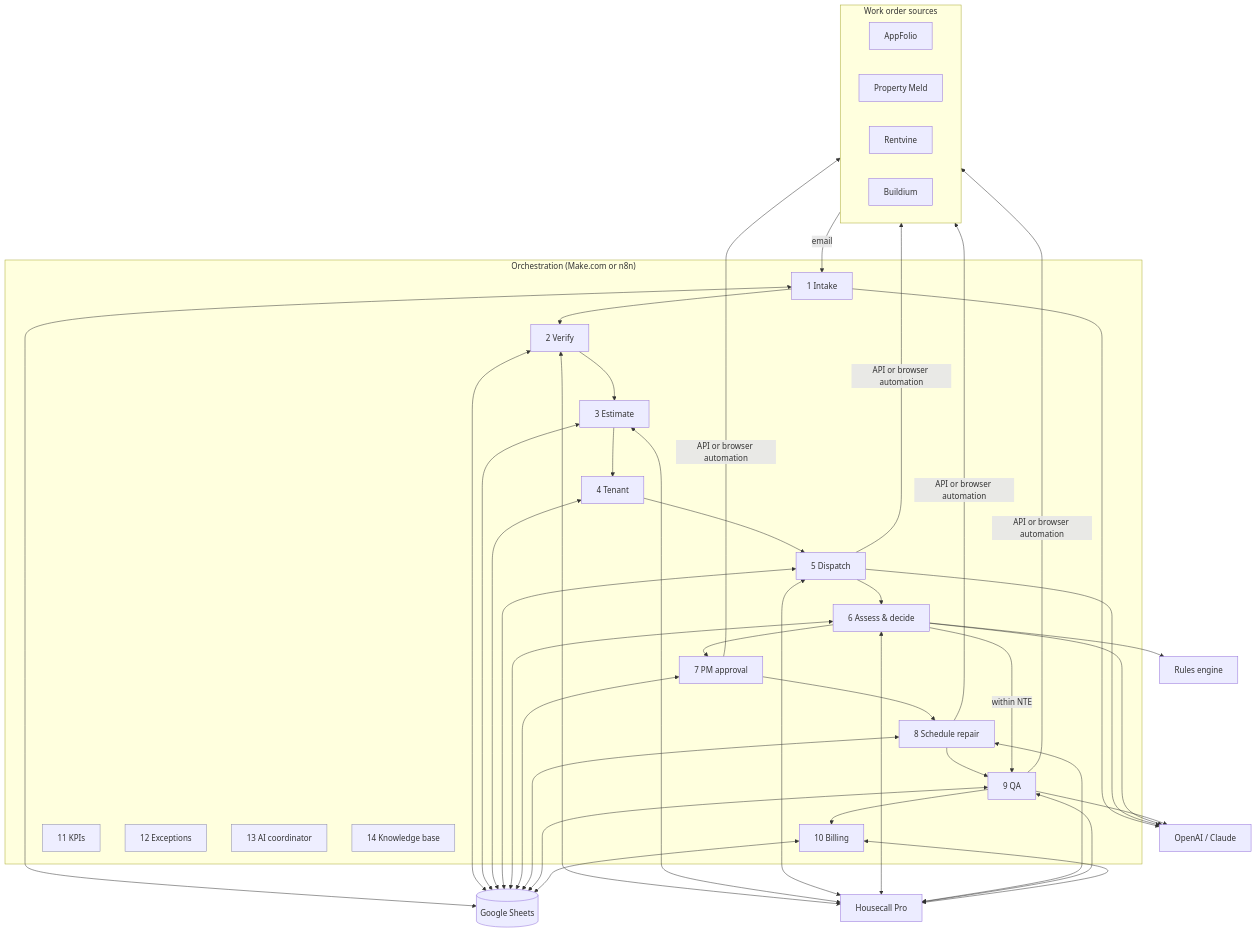
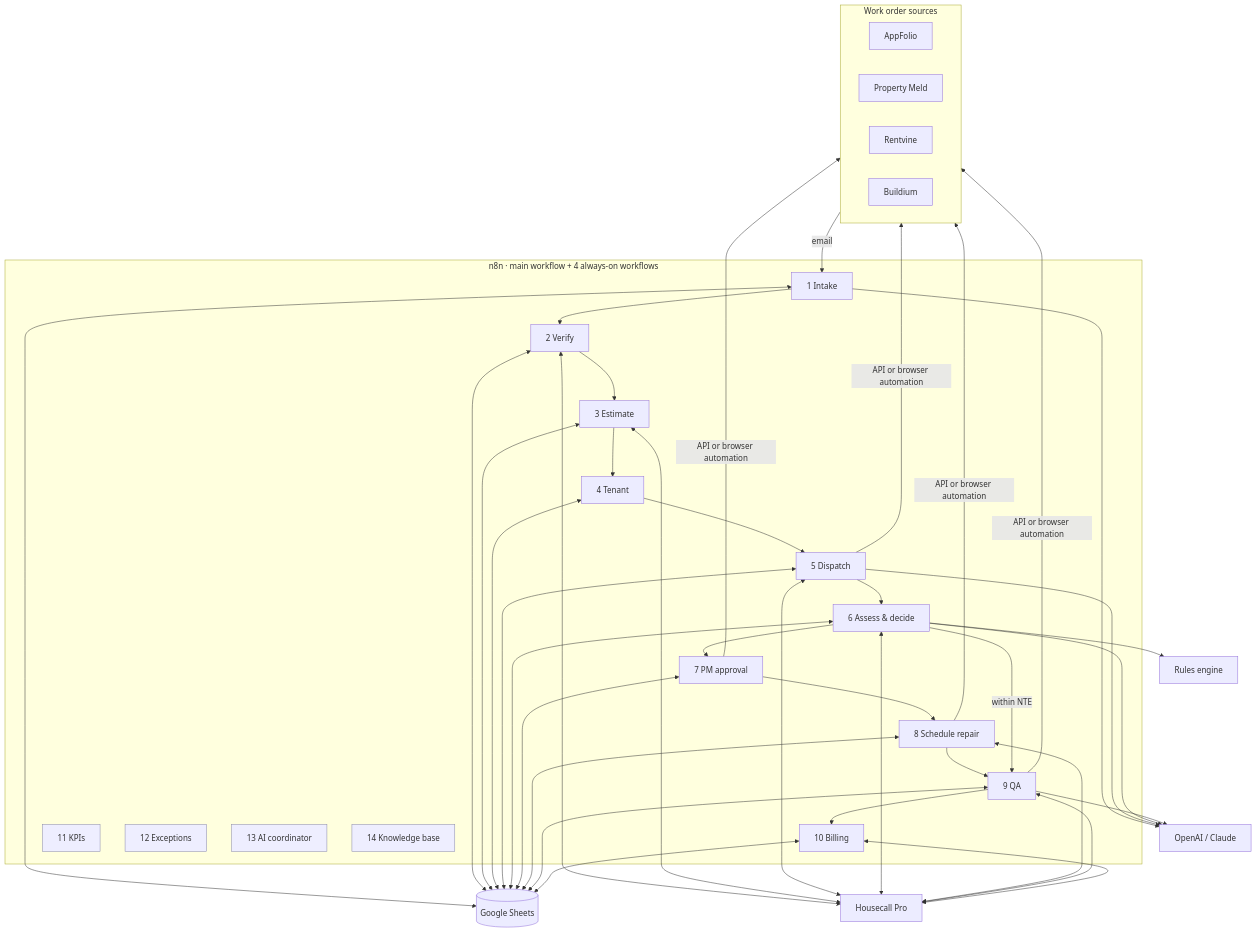
The first of 4 diagrams in docs/architecture.md (mariafe-jmbrandify/ai-property-maintenance-automation), drawn with Mermaid before and after one commit. The commit also changed other lines of this file and 35 other files, not shown here.

````diff
--- a/docs/architecture.md
+++ b/docs/architecture.md
@@ -13,29 +13,29 @@
 ```mermaid
 flowchart TB
     subgraph Sources["Work order sources"]
         AF[AppFolio]
         PMe[Property Meld]
         RV[Rentvine]
         BU[Buildium]
     end
 
-    subgraph Orchestration["Orchestration (Make.com or n8n)"]
+    subgraph Orchestration["n8n · main workflow + 4 always-on workflows"]
         S1[1 Intake] --> S2[2 Verify] --> S3[3 Estimate] --> S4[4 Tenant] --> S5[5 Dispatch] --> S6[6 Assess & decide]
         S6 --> S7[7 PM approval] --> S8[8 Schedule repair] --> S9[9 QA]
         S6 -->|within NTE| S9
         S9 --> S10[10 Billing]
         S11[11 KPIs]:::bg
         S12[12 Exceptions]:::bg
         S13[13 AI coordinator]:::bg
         S14[14 Knowledge base]:::bg
     end
 
     Sources -->|email| S1
     S1 & S2 & S3 & S4 & S5 & S6 & S7 & S8 & S9 & S10 <--> DB[(Google Sheets)]
     S2 & S3 & S5 & S6 & S8 & S9 & S10 <--> HCP[Housecall Pro]
     S1 & S5 & S6 & S9 --> AI[OpenAI / Claude]
     S6 --> RE[Rules engine]
     S5 & S7 & S8 & S9 -->|API or browser automation| Sources
 
     classDef bg fill:#eef,stroke:#88a
 ```
````
